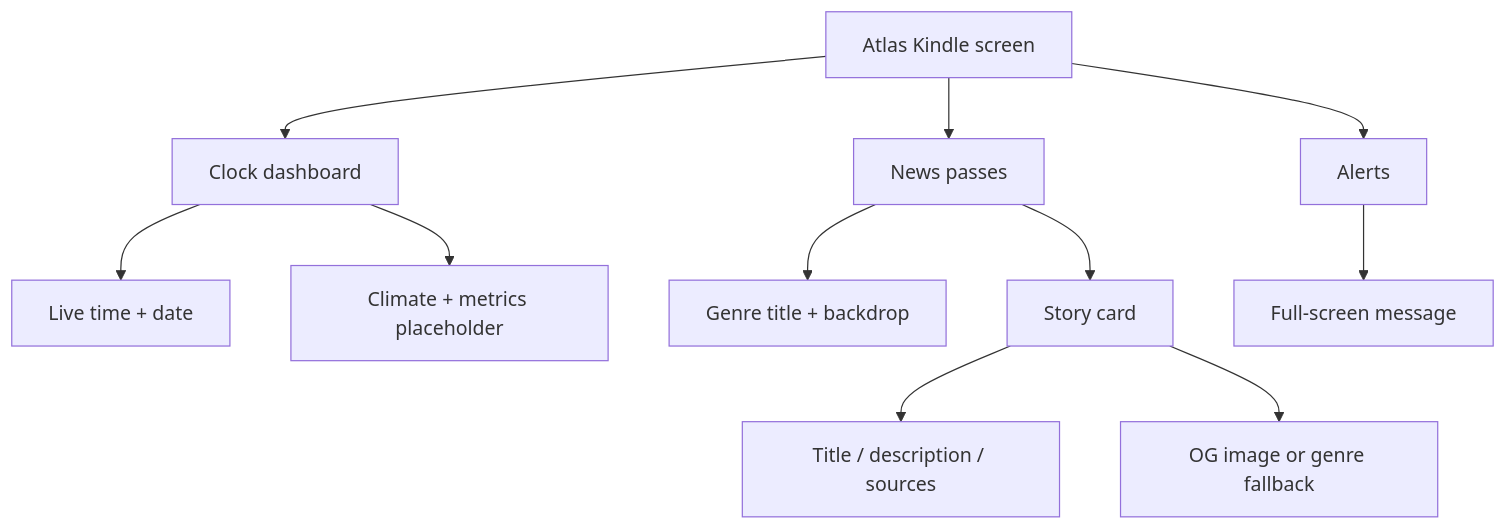
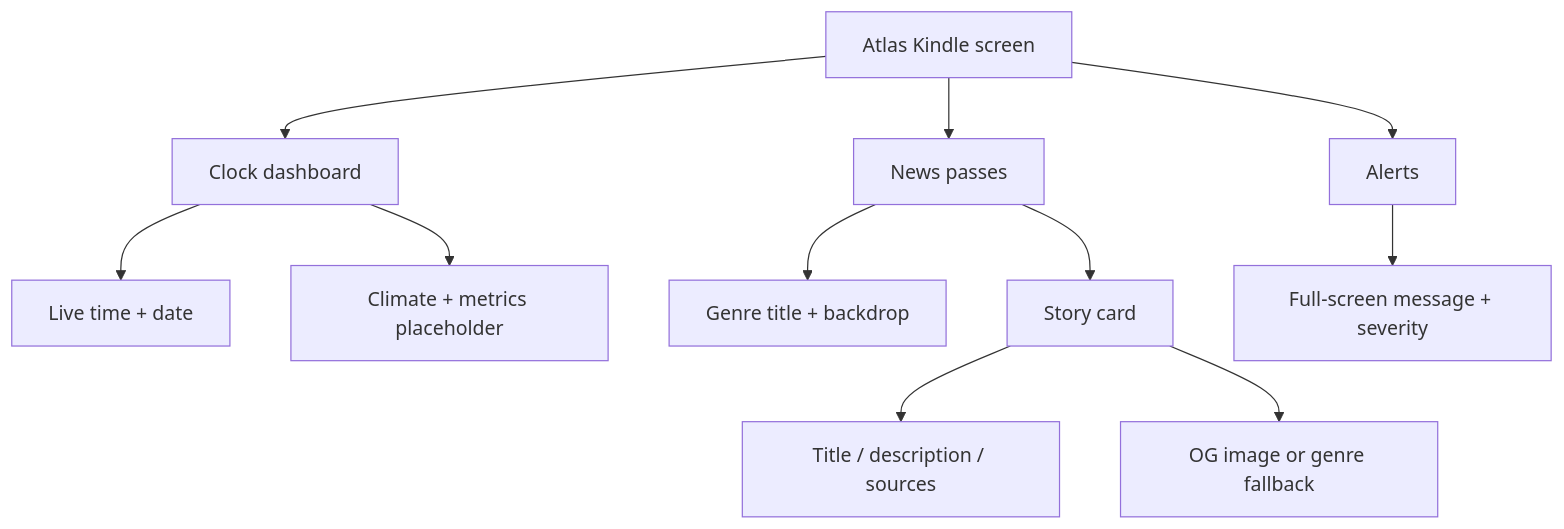
The second of 3 diagrams in README.md (aneeshpatne/Atlas2.0), drawn with Mermaid before and after one commit. The commit also changed other lines of this file and 1 other file, not shown here.

````diff
--- a/README.md
+++ b/README.md
@@ -81,14 +81,14 @@
 ```mermaid
 flowchart TD
   Atlas[Atlas Kindle screen]
   Atlas --> Clock[Clock dashboard]
   Atlas --> News[News passes]
   Atlas --> Alerts[Alerts]
   Clock --> Time[Live time + date]
   Clock --> Climate[Climate + metrics placeholder]
   News --> Genre[Genre title + backdrop]
   News --> Story[Story card]
   Story --> Title[Title / description / sources]
   Story --> BG[OG image or genre fallback]
-  Alerts --> Msg[Full-screen message]
+  Alerts --> Msg[Full-screen message + severity]
 ```
````
